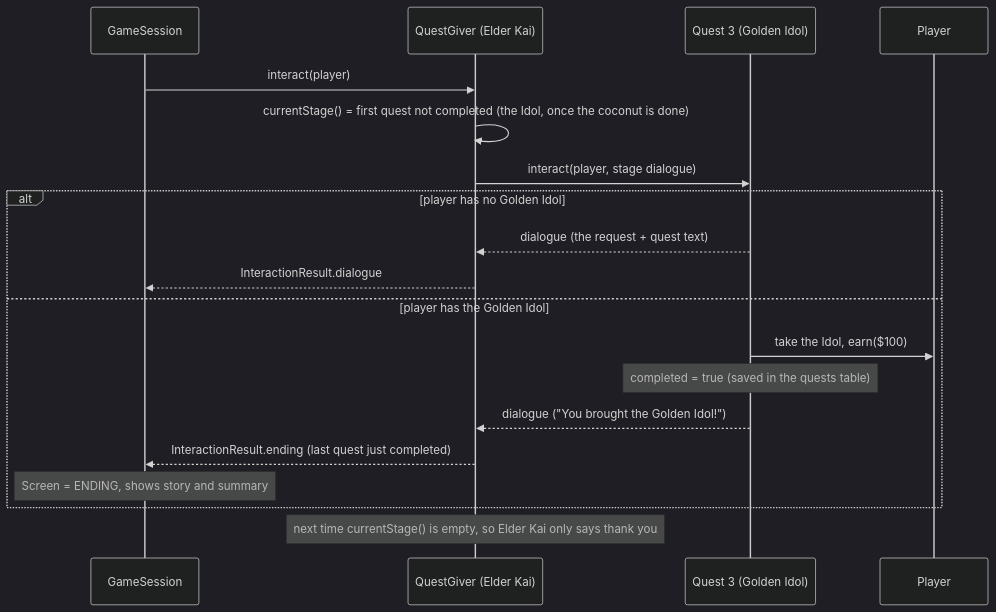
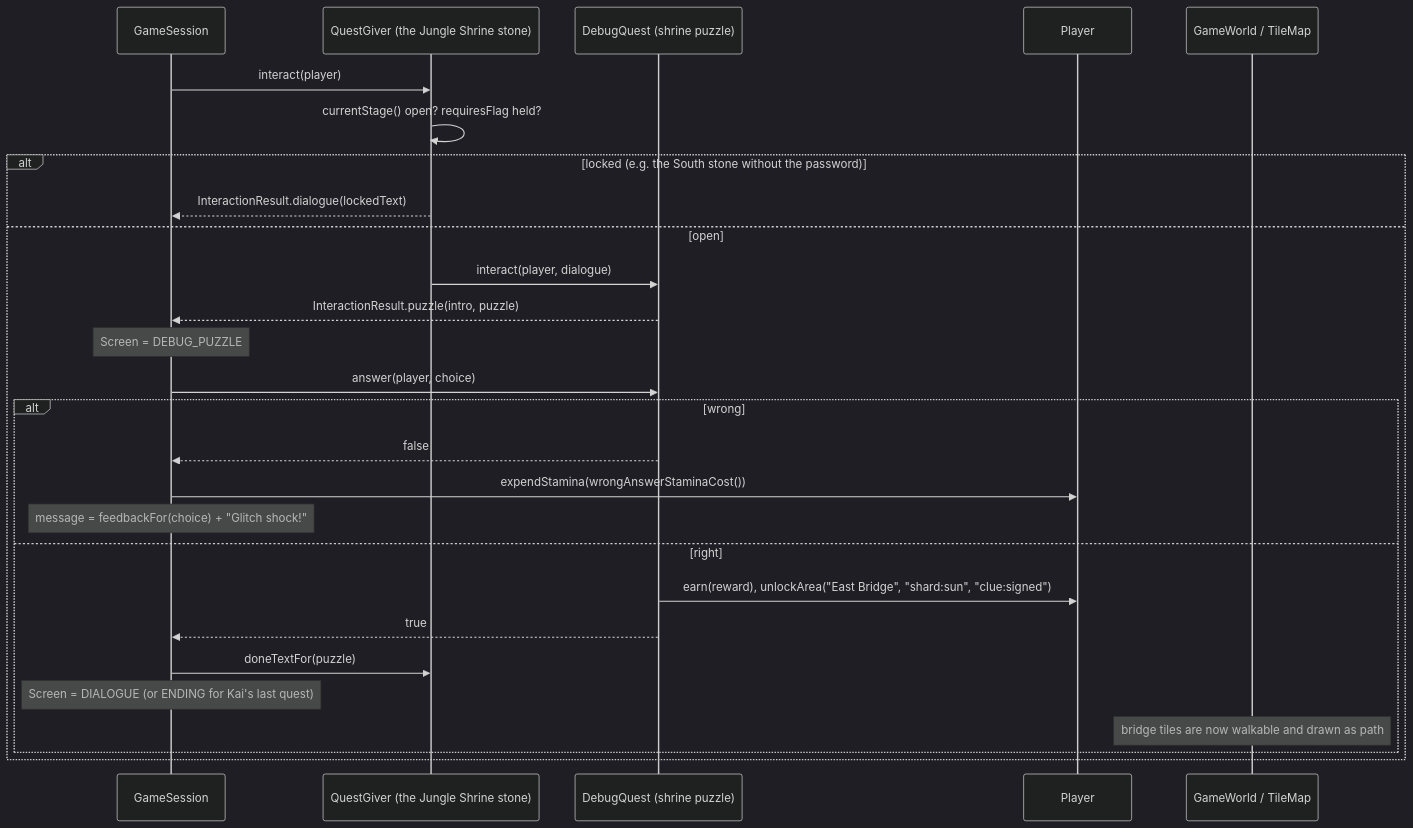
One commit to pgardose/Isla changed the fourth of 5 diagrams in README.md. Above: the diagram before and after it, drawn with Mermaid (dark theme). The commit also changed other lines of this file and 45 other files, not shown here.

````diff
--- a/README.md
+++ b/README.md
@@ -211,21 +294,29 @@
 ```mermaid
 sequenceDiagram
   participant S as GameSession
-  participant G as QuestGiver (Elder Kai)
-  participant Q as Quest 3 (Golden Idol)
+  participant G as QuestGiver (the Jungle Shrine stone)
+  participant Q as DebugQuest (shrine puzzle)
   participant P as Player
+  participant W as GameWorld / TileMap
   S->>G: interact(player)
-  G->>G: currentStage() = first quest not completed (the Idol, once the coconut is done)
-  G->>Q: interact(player, stage dialogue)
-  alt player has no Golden Idol
-    Q-->>G: dialogue (the request + quest text)
-    G-->>S: InteractionResult.dialogue
-  else player has the Golden Idol
-    Q->>P: take the Idol, earn($100)
-    Note over Q: completed = true (saved in the quests table)
-    Q-->>G: dialogue ("You brought the Golden Idol!")
-    G-->>S: InteractionResult.ending (last quest just completed)
-    Note over S: Screen = ENDING, shows story and summary
+  G->>G: currentStage() open? requiresFlag held?
+  alt locked (e.g. the South stone without the password)
+    G-->>S: InteractionResult.dialogue(lockedText)
+  else open
+    G->>Q: interact(player, dialogue)
+    Q-->>S: InteractionResult.puzzle(intro, puzzle)
+    Note over S: Screen = DEBUG_PUZZLE
+    S->>Q: answer(player, choice)
+    alt wrong
+      Q-->>S: false
+      S->>P: expendStamina(wrongAnswerStaminaCost())
+      Note over S: message = feedbackFor(choice) + "Glitch shock!"
+    else right
+      Q->>P: earn(reward), unlockArea("East Bridge", "shard:sun", "clue:signed")
+      Q-->>S: true
+      S->>G: doneTextFor(puzzle)
+      Note over S: Screen = DIALOGUE (or ENDING for Kai's last quest)
+      Note over W: bridge tiles are now walkable and drawn as path
+    end
   end
-  Note over G: next time currentStage() is empty, so Elder Kai only says thank you
 ```
````
